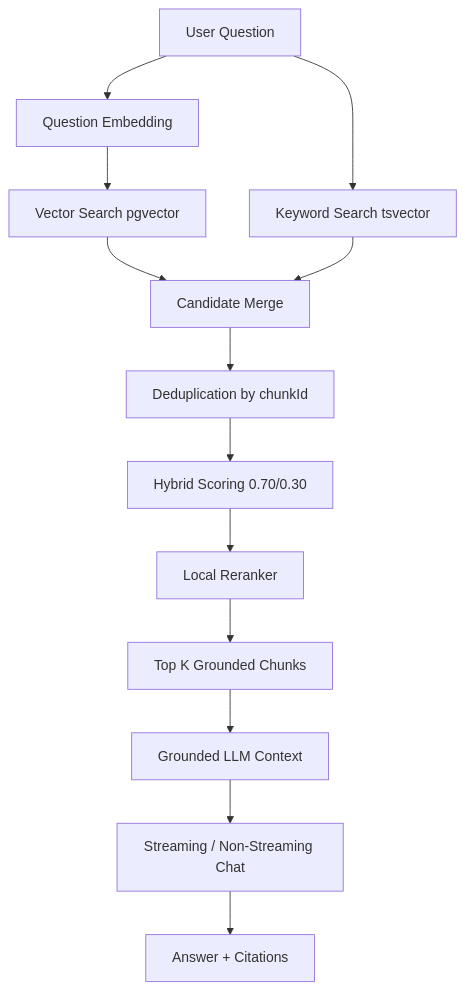
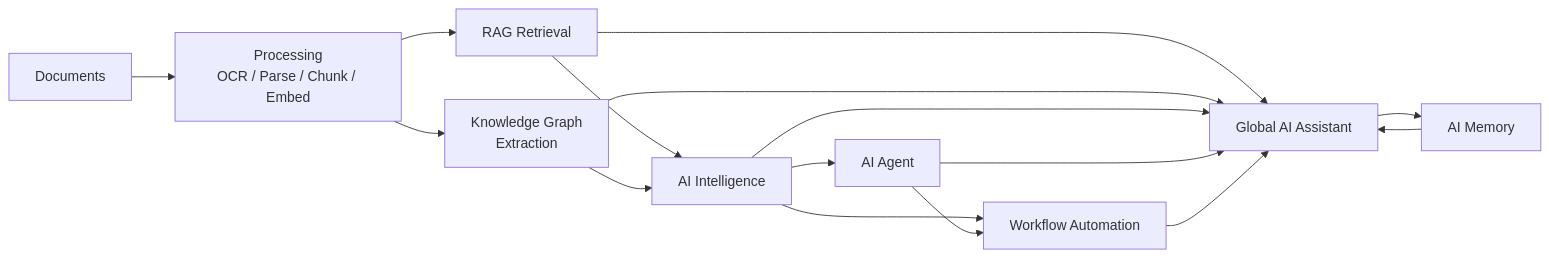
One commit to durgeshkumarprajapati/AI-Chat changed the second of 8 diagrams in README.md. Above: the diagram before and after it, drawn with Mermaid. The commit also changed other lines of this file and 35 other files, not shown here.

First line of the commit message:
feat: implement memory extraction processor and related tests for Phase 90

````diff
--- a/README.md
+++ b/README.md
@@ -274,17 +99,18 @@
 ```mermaid
-flowchart TD
-    A[User Question] --> B[Question Embedding]
-    B --> C[Vector Search pgvector]
-    A --> D[Keyword Search tsvector]
-
-    C --> E[Candidate Merge]
-    D --> E
-
-    E --> F[Deduplication by chunkId]
-    F --> G[Hybrid Scoring 0.70/0.30]
-    G --> H[Local Reranker]
-    H --> I[Top K Grounded Chunks]
-    I --> J[Grounded LLM Context]
-    J --> K[Streaming / Non-Streaming Chat]
-    K --> L[Answer + Citations]
+flowchart LR
+    Doc[Documents] --> Proc[Processing<br/>OCR / Parse / Chunk / Embed]
+    Proc --> RAG[RAG Retrieval]
+    Proc --> KG[Knowledge Graph<br/>Extraction]
+    RAG --> Intel[AI Intelligence]
+    KG --> Intel
+    Intel --> Agent[AI Agent]
+    Intel --> Automation[Workflow Automation]
+    Agent --> Automation
+    RAG --> Assistant[Global AI Assistant]
+    KG --> Assistant
+    Intel --> Assistant
+    Agent --> Assistant
+    Automation --> Assistant
+    Assistant --> Memory[AI Memory]
+    Memory --> Assistant
 ```
````
